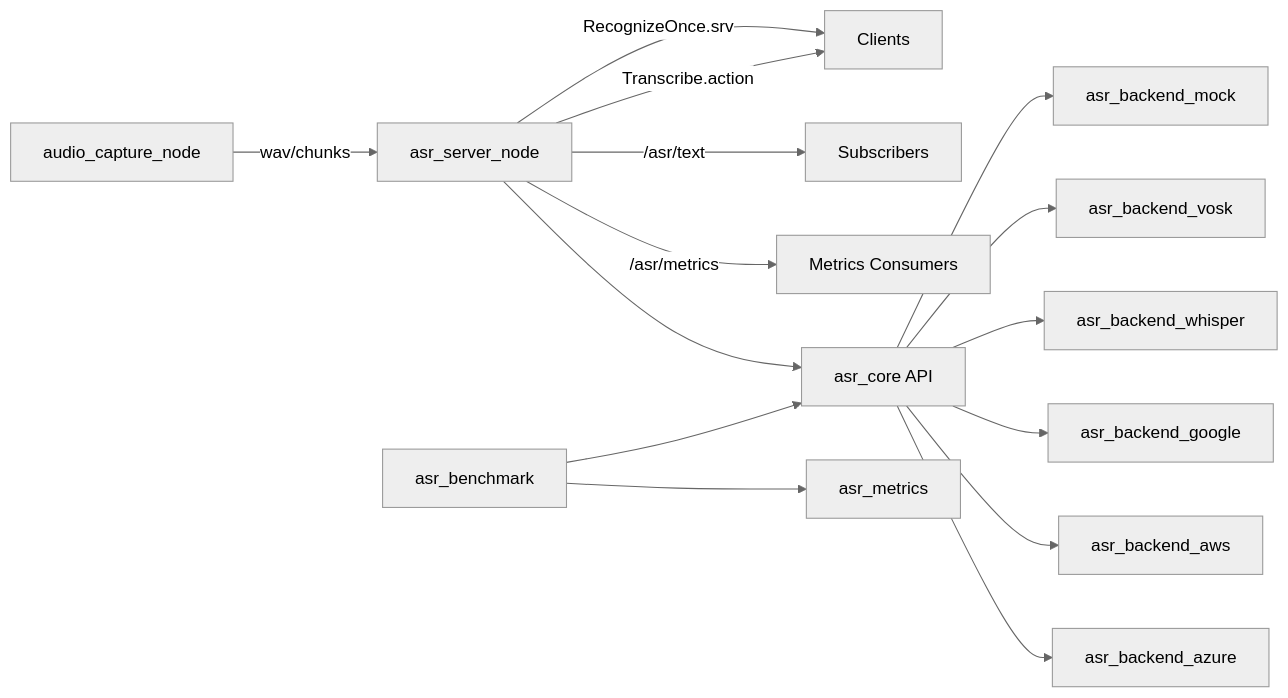
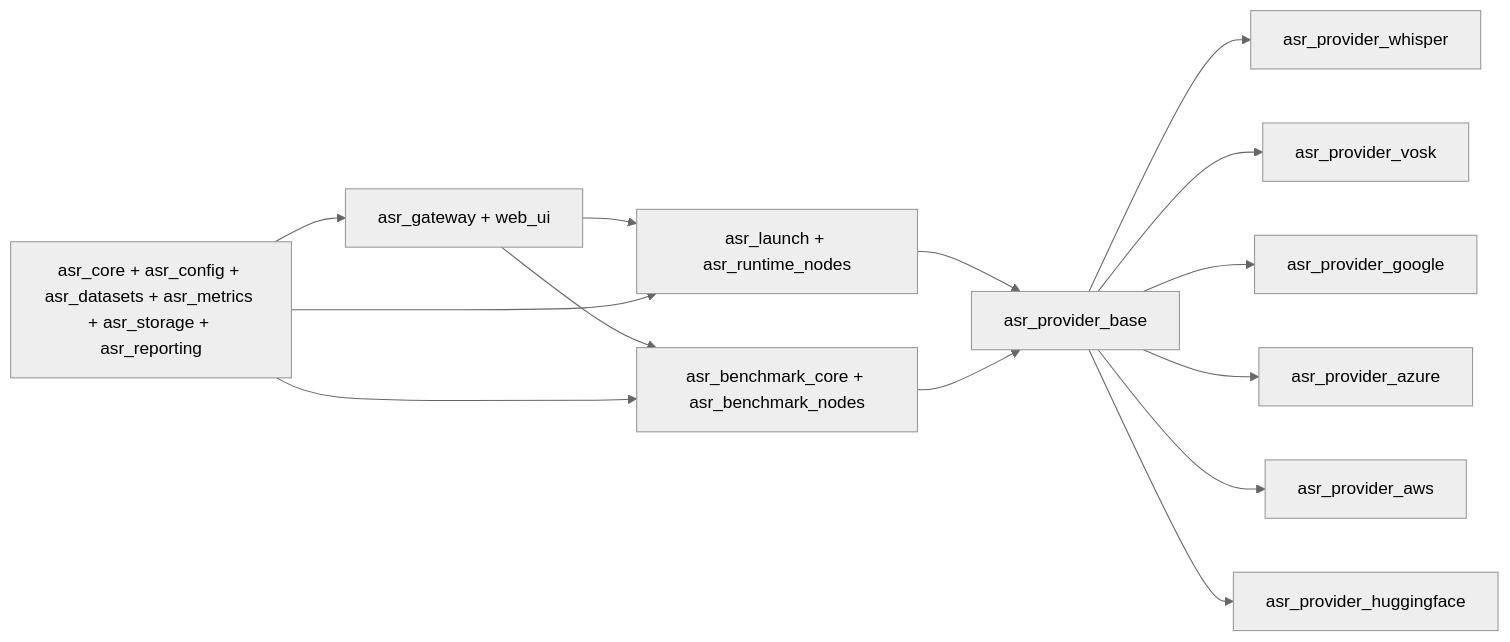
The diagram in docs/architecture.md (Fenixcrowlite/ros2_ASR), drawn with Mermaid (neutral theme) before and after one commit. The commit also changed other lines of this file and 378 other files, not shown here.

First line of the commit message:
Add chart rendering functions for metrics visualization

````diff
--- a/docs/architecture.md
+++ b/docs/architecture.md
@@ -5,17 +5,16 @@
 ```mermaid
 flowchart LR
-  AC[audio_capture_node] -->|wav/chunks| AS[asr_server_node]
-  AS -->|RecognizeOnce.srv| C[Clients]
-  AS -->|Transcribe.action| C
-  AS -->|/asr/text| T[Subscribers]
-  AS -->|/asr/metrics| M[Metrics Consumers]
-  AS --> CORE[asr_core API]
-  CORE --> B1[asr_backend_mock]
-  CORE --> B2[asr_backend_vosk]
-  CORE --> B3[asr_backend_whisper]
-  CORE --> B4[asr_backend_google]
-  CORE --> B5[asr_backend_aws]
-  CORE --> B6[asr_backend_azure]
-  BM[asr_benchmark] --> CORE
-  BM --> MT[asr_metrics]
+  RT[asr_launch + asr_runtime_nodes] --> PB[asr_provider_base]
+  PB --> P1[asr_provider_whisper]
+  PB --> P2[asr_provider_vosk]
+  PB --> P3[asr_provider_google]
+  PB --> P4[asr_provider_azure]
+  PB --> P5[asr_provider_aws]
+  PB --> P6[asr_provider_huggingface]
+  BM[asr_benchmark_core + asr_benchmark_nodes] --> PB
+  GW[asr_gateway + web_ui] --> RT
+  GW --> BM
+  CORE[asr_core + asr_config + asr_datasets + asr_metrics + asr_storage + asr_reporting] --> RT
+  CORE --> BM
+  CORE --> GW
 ```
````
